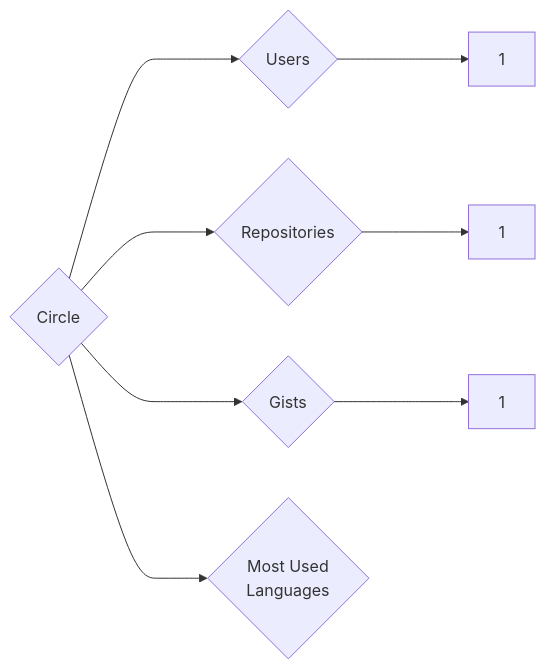
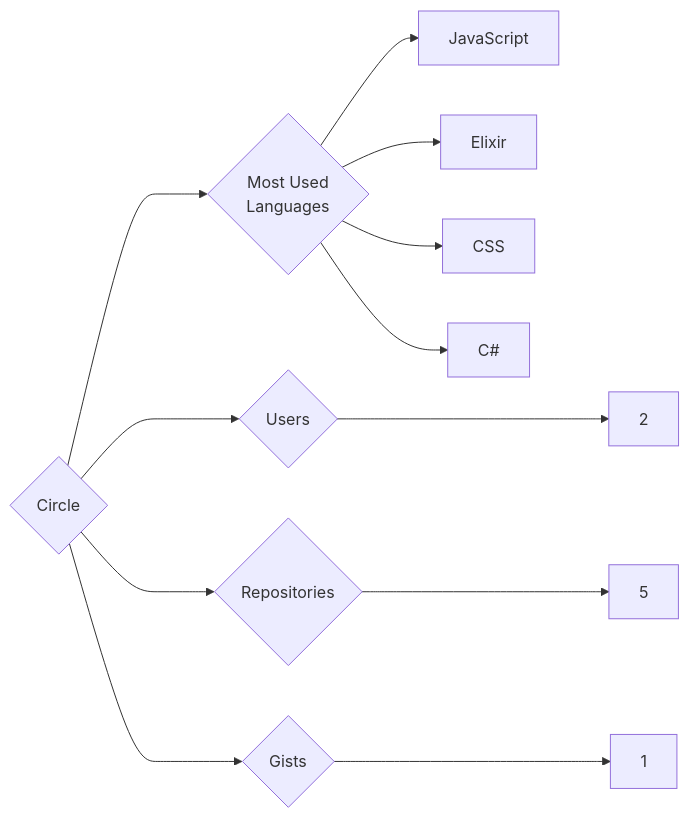
Before and after one commit to trickest/insiders: the diagram in targets/Circle/README.md, drawn with Mermaid. The commit also changed 611 other files, not shown here.

````diff
--- a/targets/Circle/README.md
+++ b/targets/Circle/README.md
@@ -3,8 +3,12 @@
 ```mermaid
 graph LR
 COMPANY_NAME{Circle}
-COMPANY_NAME ---> U{Users} ---> UN[1]
-COMPANY_NAME ---> R{Repositories} ---> RN[1]
+COMPANY_NAME ---> U{Users} ---> UN[2]
+COMPANY_NAME ---> R{Repositories} ---> RN[5]
 COMPANY_NAME ---> G{Gists} ---> GN[1]
 COMPANY_NAME ---> ML{Most Used<br>Languages}
+ML --> JavaScript[JavaScript]
+ML --> Elixir[Elixir]
+ML --> CSS[CSS]
+ML --> C#[C#]
 ```
````
